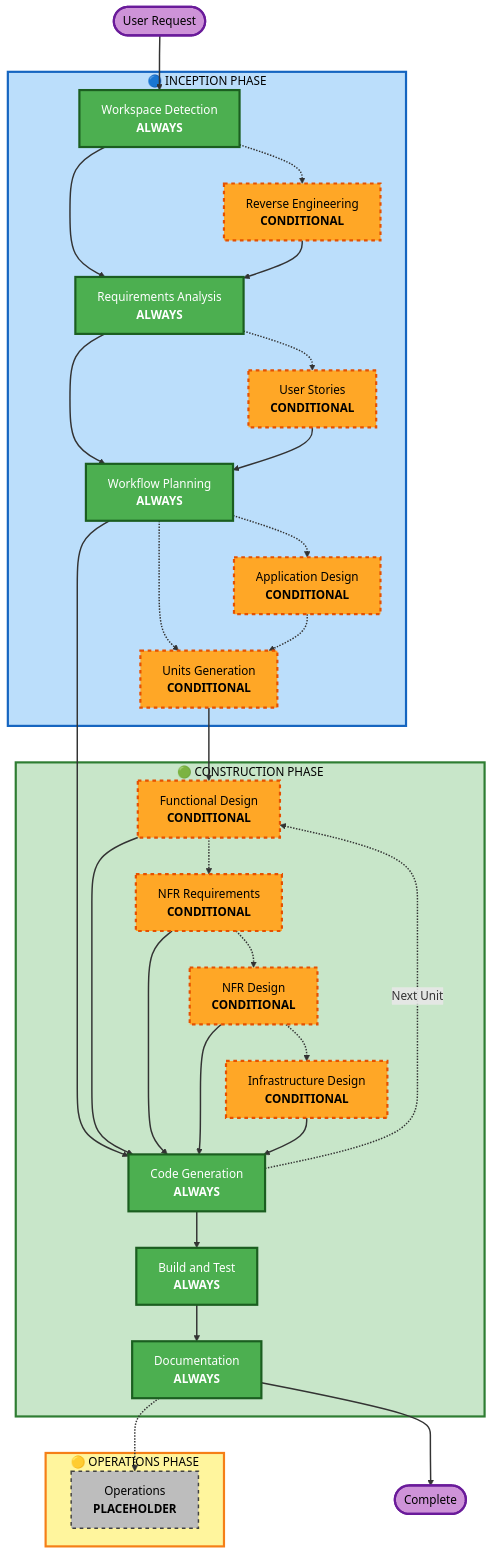
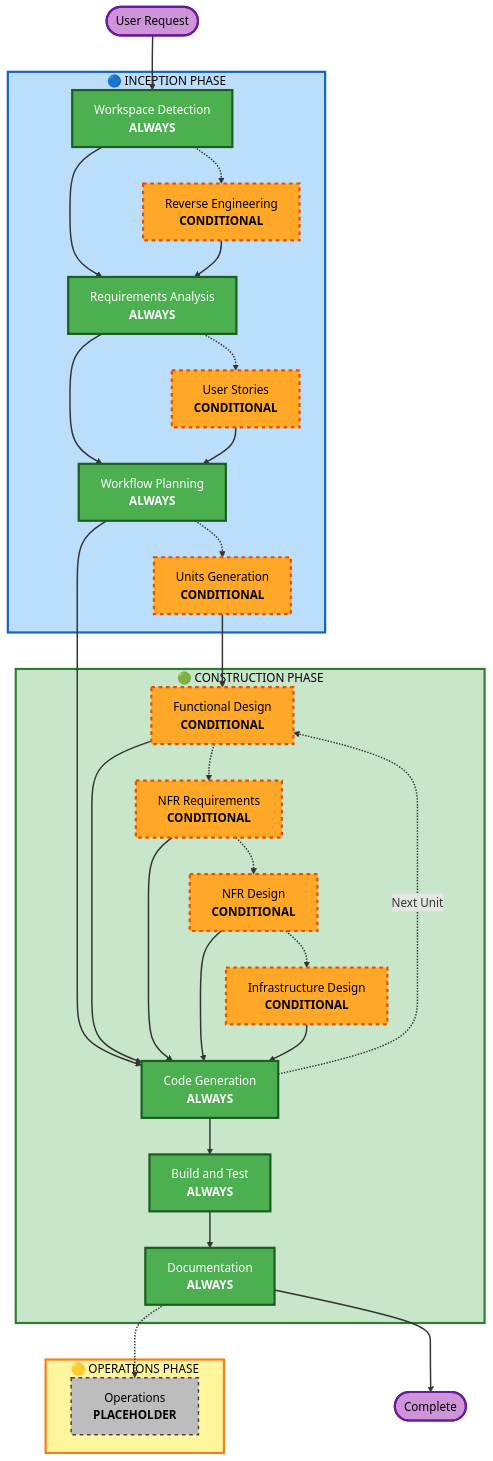
Before and after one commit to mikev10/olympus: the diagram in resources/rules/common/process-overview.md, drawn with Mermaid. The commit also changed other lines of this file and 7 other files, not shown here.

````diff
--- a/resources/rules/common/process-overview.md
+++ b/resources/rules/common/process-overview.md
@@ -33,81 +33,77 @@
 ```mermaid
 flowchart TD
     Start(["User Request"])
     
     subgraph INCEPTION["🔵 INCEPTION PHASE"]
         WD["Workspace Detection<br/><b>ALWAYS</b>"]
         RE["Reverse Engineering<br/><b>CONDITIONAL</b>"]
         RA["Requirements Analysis<br/><b>ALWAYS</b>"]
         Stories["User Stories<br/><b>CONDITIONAL</b>"]
         WP["Workflow Planning<br/><b>ALWAYS</b>"]
-        AppDesign["Application Design<br/><b>CONDITIONAL</b>"]
         UnitsG["Units Generation<br/><b>CONDITIONAL</b>"]
     end
     
     subgraph CONSTRUCTION["🟢 CONSTRUCTION PHASE"]
         FD["Functional Design<br/><b>CONDITIONAL</b>"]
         NFRA["NFR Requirements<br/><b>CONDITIONAL</b>"]
         NFRD["NFR Design<br/><b>CONDITIONAL</b>"]
         ID["Infrastructure Design<br/><b>CONDITIONAL</b>"]
         CG["Code Generation<br/><b>ALWAYS</b>"]
         BT["Build and Test<br/><b>ALWAYS</b>"]
         DOC["Documentation<br/><b>ALWAYS</b>"]
     end
     
     subgraph OPERATIONS["🟡 OPERATIONS PHASE"]
         OPS["Operations<br/><b>PLACEHOLDER</b>"]
     end
     
     Start --> WD
     WD -.-> RE
     WD --> RA
     RE --> RA
     
     RA -.-> Stories
     RA --> WP
     Stories --> WP
     
-    WP -.-> AppDesign
     WP -.-> UnitsG
-    AppDesign -.-> UnitsG
     UnitsG --> FD
     FD -.-> NFRA
     NFRA -.-> NFRD
     NFRD -.-> ID
     
     WP --> CG
     FD --> CG
     NFRA --> CG
     NFRD --> CG
     ID --> CG
     CG -.->|Next Unit| FD
     CG --> BT
     BT --> DOC
     DOC -.-> OPS
     DOC --> End(["Complete"])
     
     style WD fill:#4CAF50,stroke:#1B5E20,stroke-width:3px,color:#fff
     style RA fill:#4CAF50,stroke:#1B5E20,stroke-width:3px,color:#fff
     style WP fill:#4CAF50,stroke:#1B5E20,stroke-width:3px,color:#fff
 
     style CG fill:#4CAF50,stroke:#1B5E20,stroke-width:3px,color:#fff
     style BT fill:#4CAF50,stroke:#1B5E20,stroke-width:3px,color:#fff
     style DOC fill:#4CAF50,stroke:#1B5E20,stroke-width:3px,color:#fff
     style OPS fill:#BDBDBD,stroke:#424242,stroke-width:2px,stroke-dasharray: 5 5,color:#000
     style RE fill:#FFA726,stroke:#E65100,stroke-width:3px,stroke-dasharray: 5 5,color:#000
     style Stories fill:#FFA726,stroke:#E65100,stroke-width:3px,stroke-dasharray: 5 5,color:#000
-    style AppDesign fill:#FFA726,stroke:#E65100,stroke-width:3px,stroke-dasharray: 5 5,color:#000
 
     style UnitsG fill:#FFA726,stroke:#E65100,stroke-width:3px,stroke-dasharray: 5 5,color:#000
     style FD fill:#FFA726,stroke:#E65100,stroke-width:3px,stroke-dasharray: 5 5,color:#000
     style NFRA fill:#FFA726,stroke:#E65100,stroke-width:3px,stroke-dasharray: 5 5,color:#000
     style NFRD fill:#FFA726,stroke:#E65100,stroke-width:3px,stroke-dasharray: 5 5,color:#000
     style ID fill:#FFA726,stroke:#E65100,stroke-width:3px,stroke-dasharray: 5 5,color:#000
     style INCEPTION fill:#BBDEFB,stroke:#1565C0,stroke-width:3px, color:#000
     style CONSTRUCTION fill:#C8E6C9,stroke:#2E7D32,stroke-width:3px, color:#000
     style OPERATIONS fill:#FFF59D,stroke:#F57F17,stroke-width:3px, color:#000
     style Start fill:#CE93D8,stroke:#6A1B9A,stroke-width:3px,color:#000
     style End fill:#CE93D8,stroke:#6A1B9A,stroke-width:3px,color:#000
     
     linkStyle default stroke:#333,stroke-width:2px
 ```
````
